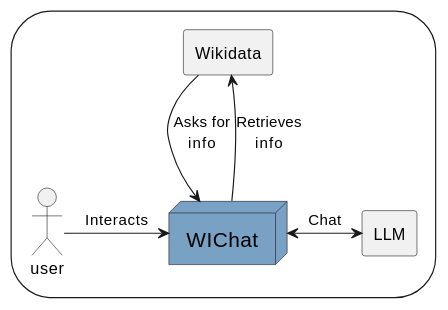
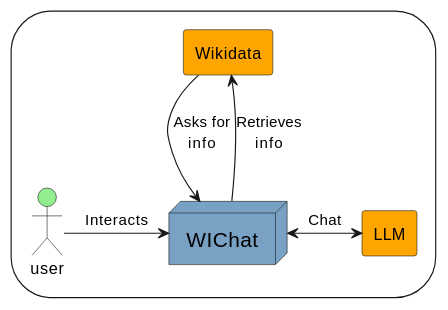
One commit to Arquisoft/wichat_en3b changed the first of 3 diagrams in docs/src/05_building_block_view.adoc. Above: the diagram before and after it, drawn with PlantUML.

Commit message:
Diagram of part 5.1

```diff
--- a/docs/src/05_building_block_view.adoc
+++ b/docs/src/05_building_block_view.adoc
@@ -70,24 +70,24 @@
 [plantuml,width=400px,height=300px]
 ----
 @startuml
 
 storage {
-  actor user
-  rectangle Wikidata
-  rectangle LLM
+  actor user #lightgreen
+  rectangle Wikidata #orange
+  rectangle LLM #orange
   node WIChat
 }
 
 skinparam node {
   BackgroundColor #78a1c4
   FontSize 18
 }
 
 user -right-> WIChat : Interacts
 
 Wikidata -down-> WIChat : Asks for\ninfo
 WIChat -up-> Wikidata : Retrieves\ninfo
 LLM <-left-> WIChat : Chat
 
 @enduml
 ----
```
